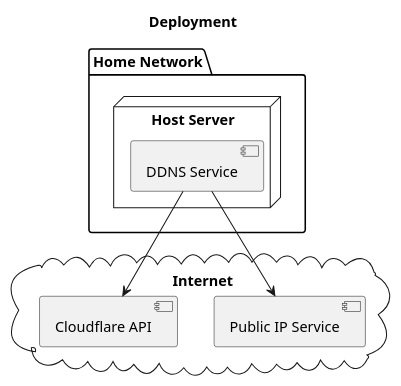
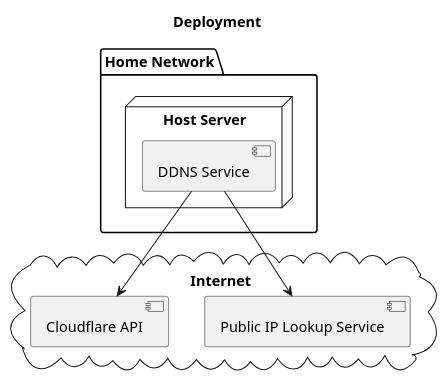
One commit to mathat13/public-files changed the diagram in knowledge-base/projects/ddns/design/diagrams/deployment.puml. Above: the diagram before and after it, drawn with PlantUML. The commit also changed 15 other files, not shown here.

```diff
--- a/knowledge-base/projects/ddns/design/diagrams/deployment.puml
+++ b/knowledge-base/projects/ddns/design/diagrams/deployment.puml
@@ -1,26 +1,24 @@
 @startuml deployment
 title Deployment
 
 cloud Internet {
 
-    component "Public IP Service"
+    component "Public IP Lookup Service"
 
     component "Cloudflare API"
 
 }
 
 package "Home Network" {
 
     node "Host Server" {
 
         component "DDNS Service"
 
     }
 
 }
 
-"DDNS Service" --> "Public IP Service"
+"DDNS Service" --> "Public IP Lookup Service"
 "DDNS Service" --> "Cloudflare API"
-
-
 @enduml
```
